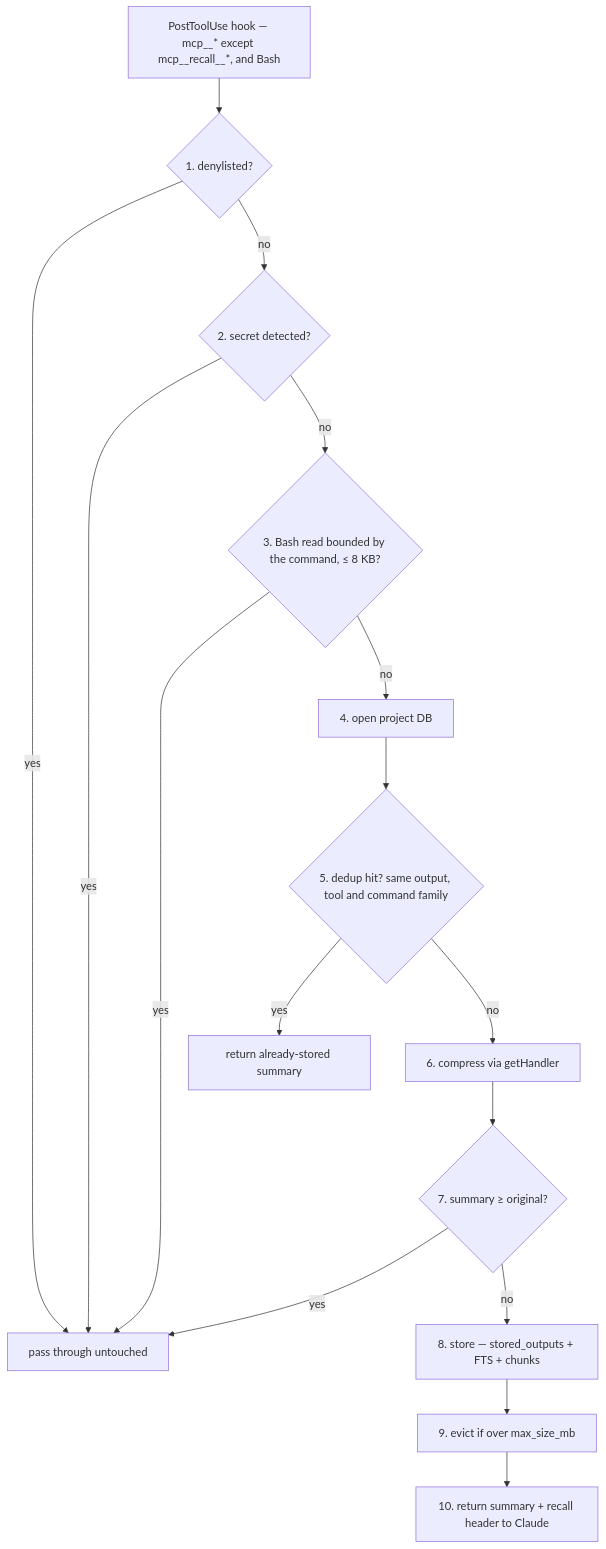
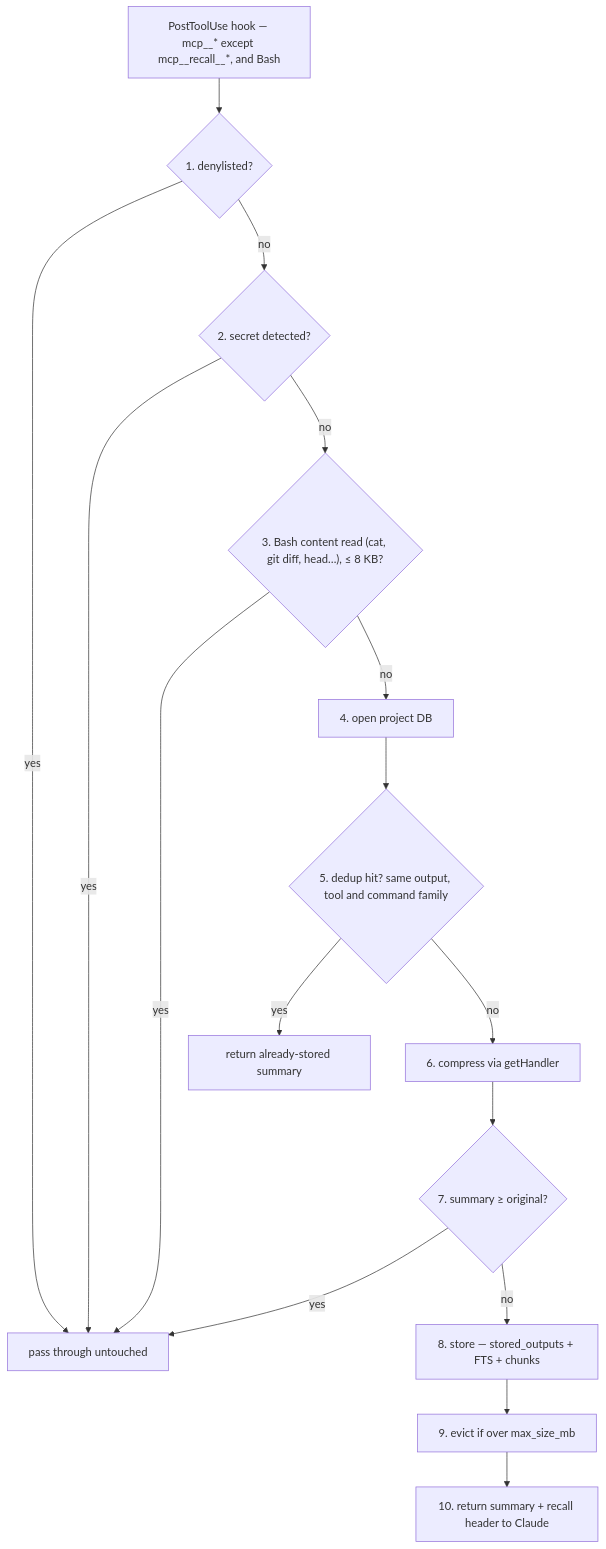
One commit to sakebomb/mcp-recall changed the diagram in docs/architecture.md. Above: the diagram before and after it, drawn with Mermaid. The commit also changed other lines of this file and 12 other files, not shown here.

First line of the commit message:
fix: deliver file and diff content whole, or keep it retrievable (#332)

````diff
--- a/docs/architecture.md
+++ b/docs/architecture.md
@@ -54,18 +54,18 @@
 ```mermaid
 flowchart TD
     H["PostToolUse hook — mcp__* except mcp__recall__*, and Bash"] --> S1
     S1{"1. denylisted?"} -->|yes| PASS["pass through untouched"]
     S1 -->|no| S2{"2. secret detected?"}
     S2 -->|yes| PASS
-    S2 -->|no| S3{"3. Bash read bounded by the command, ≤ 8 KB?"}
+    S2 -->|no| S3{"3. Bash content read (cat, git diff, head…), ≤ 8 KB?"}
     S3 -->|yes| PASS
     S3 -->|no| S4["4. open project DB"]
     S4 --> S5{"5. dedup hit? same output, tool and command family"}
     S5 -->|yes| CACHE["return already-stored summary"]
     S5 -->|no| S6["6. compress via getHandler"]
     S6 --> S7{"7. summary ≥ original?"}
     S7 -->|yes| PASS
     S7 -->|no| S8["8. store — stored_outputs + FTS + chunks"]
     S8 --> S9["9. evict if over max_size_mb"]
     S9 --> S10["10. return summary + recall header to Claude"]
 ```
````
